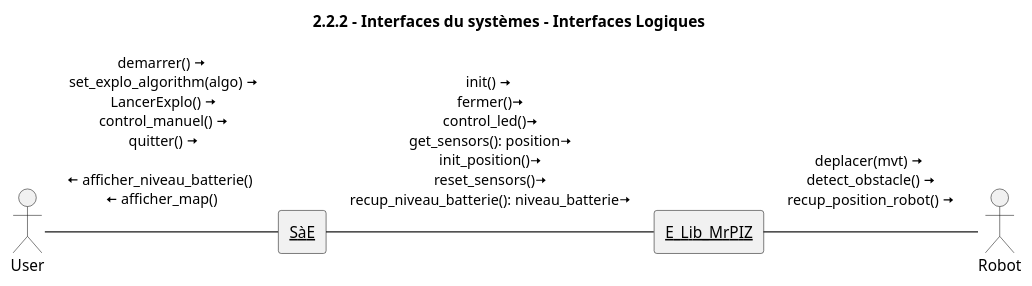
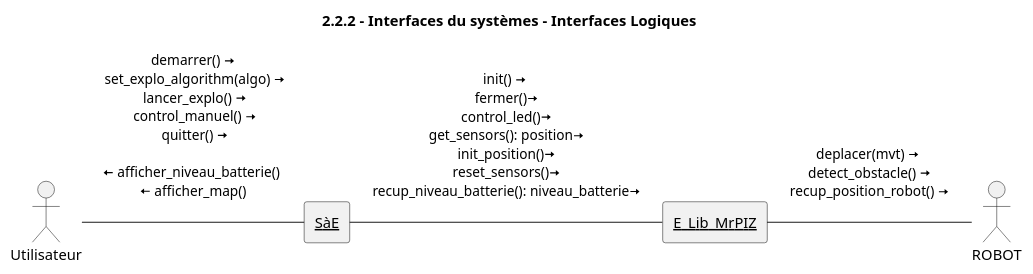
Before and after one commit to Larson-09/PATO_Project: the diagram in Diagrammes UML/2.2.2 - Interfaces du systèmes - Interfaces Logiques/2.2.2 - Interfaces du systèmes - Interfaces Logiques.puml, drawn with PlantUML. The commit also changed 1 other file, not shown here.

Commit message:
Diagramme IHM V1 FR/EN

```diff
--- a/Diagrammes UML/2.2.2 - Interfaces du systèmes - Interfaces Logiques/2.2.2 - Interfaces du systèmes - Interfaces Logiques.puml
+++ b/Diagrammes UML/2.2.2 - Interfaces du systèmes - Interfaces Logiques/2.2.2 - Interfaces du systèmes - Interfaces Logiques.puml
@@ -1,16 +1,16 @@
 @startuml
 title 2.2.2 - Interfaces du systèmes - Interfaces Logiques
 scale 1024*768
-actor User as U
-actor Robot as P
+actor Utilisateur as U
+actor ROBOT as P
 
 rectangle "<u>SàE</u>" as S{
 }
 rectangle "<u>E_Lib_MrPIZ</u>" as L{
 }
 
 
-U -right- S : demarrer() <&arrow-right>\n set_explo_algorithm(algo) <&arrow-right>\n LancerExplo() <&arrow-right>\n control_manuel() <&arrow-right>\n quitter() <&arrow-right>\n \n<&arrow-left> afficher_niveau_batterie() \n <&arrow-left> afficher_map() \n
+U -right- S : demarrer() <&arrow-right>\n set_explo_algorithm(algo) <&arrow-right>\n lancer_explo() <&arrow-right>\n control_manuel() <&arrow-right>\n quitter() <&arrow-right>\n \n<&arrow-left> afficher_niveau_batterie() \n <&arrow-left> afficher_map() \n
 S-right-L : init() <&arrow-right> \n fermer()<&arrow-right> \n control_led()<&arrow-right> \n get_sensors(): position<&arrow-right> \n init_position()<&arrow-right> \n reset_sensors()<&arrow-right> \n recup_niveau_batterie(): niveau_batterie<&arrow-right> \n
 L-right-P : deplacer(mvt) <&arrow-right> \n detect_obstacle() <&arrow-right> \n recup_position_robot() <&arrow-right> \n
 @enduml
```
